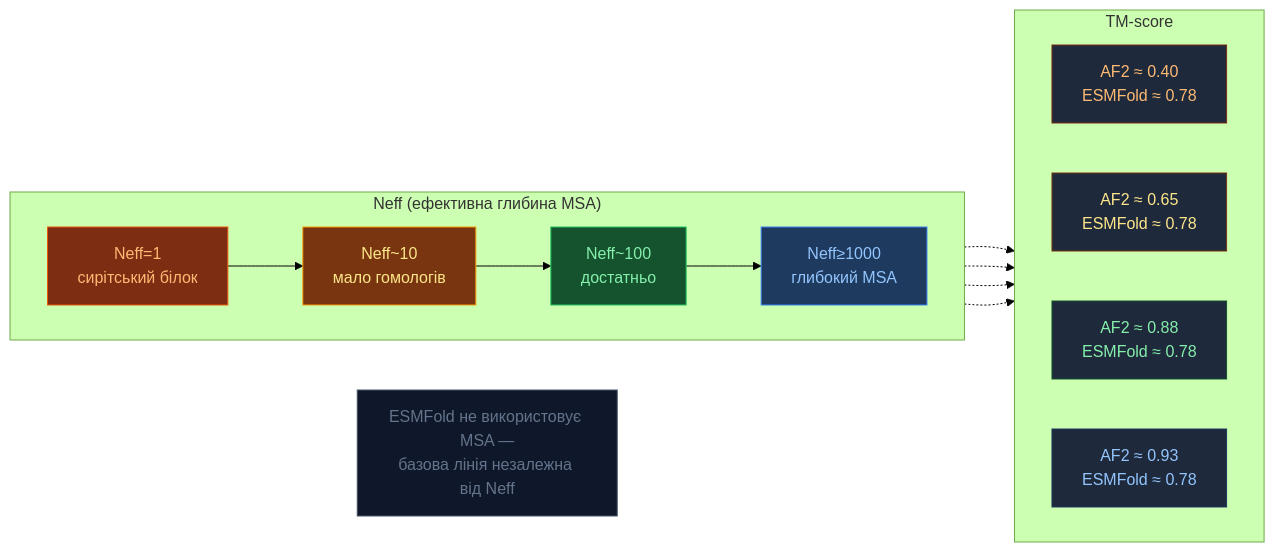
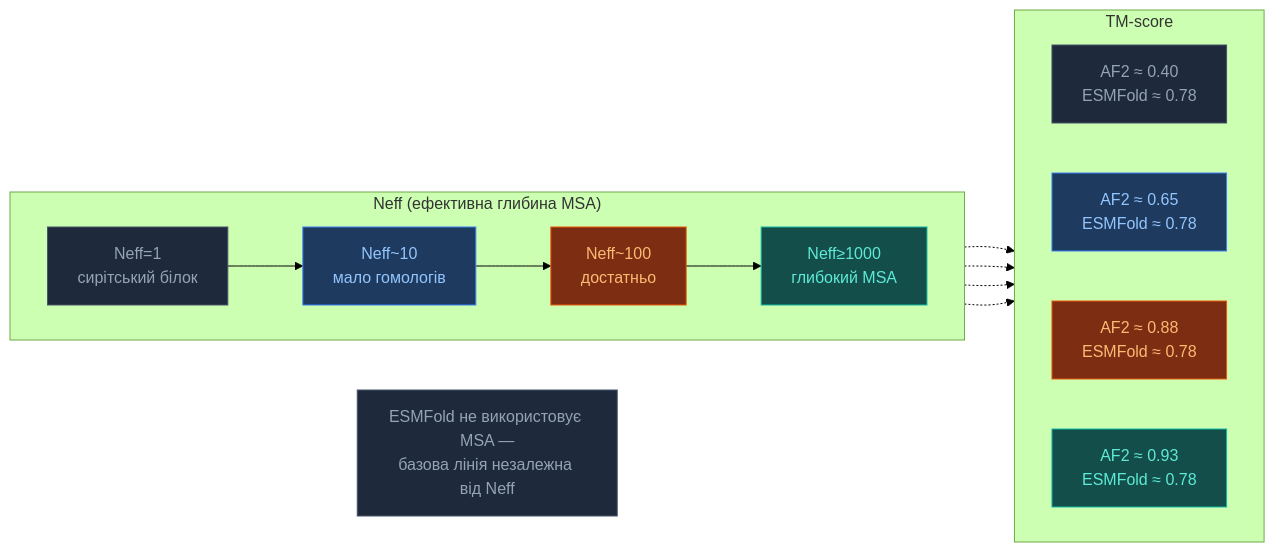
One commit to OlehVolkov/AlphaFold3-AIGen-KnowledgeBase changed the second of 2 diagrams in UA/2. Концепції/2.3. Структурна-Біоінформатика/2.3.4. MSA.md. Above: the diagram before and after it, drawn with Mermaid (forest theme). The commit also changed other lines of this file and 33 other files, not shown here.

Commit message:
Linting and fixes in diagrams

````diff
--- a/UA/2. Концепції/2.3. Структурна-Біоінформатика/2.3.4. MSA.md
+++ b/UA/2. Концепції/2.3. Структурна-Біоінформатика/2.3.4. MSA.md
@@ -60,36 +61,33 @@
 ```mermaid
 flowchart LR
     subgraph DEPTH["Neff (ефективна глибина MSA)"]
         direction LR
-        D1["Neff=1<br/>сирітський білок"]:::d_low
-        D2["Neff~10<br/>мало гомологів"]:::d_med
-        D3["Neff~100<br/>достатньо"]:::d_good
-        D4["Neff≥1000<br/>глибокий MSA"]:::d_high
+        D1["Neff=1<br/>сирітський білок"]:::neutral
+        D2["Neff~10<br/>мало гомологів"]:::input
+        D3["Neff~100<br/>достатньо"]:::confidence
+        D4["Neff≥1000<br/>глибокий MSA"]:::output
         D1 --> D2 --> D3 --> D4
     end
 
     subgraph SCORE["TM-score"]
         direction LR
-        S1["AF2 ≈ 0.40<br/>ESMFold ≈ 0.78"]:::s_low
-        S2["AF2 ≈ 0.65<br/>ESMFold ≈ 0.78"]:::s_med
-        S3["AF2 ≈ 0.88<br/>ESMFold ≈ 0.78"]:::s_good
-        S4["AF2 ≈ 0.93<br/>ESMFold ≈ 0.78"]:::s_high
+        S1["AF2 ≈ 0.40<br/>ESMFold ≈ 0.78"]:::neutral
+        S2["AF2 ≈ 0.65<br/>ESMFold ≈ 0.78"]:::input
+        S3["AF2 ≈ 0.88<br/>ESMFold ≈ 0.78"]:::confidence
+        S4["AF2 ≈ 0.93<br/>ESMFold ≈ 0.78"]:::output
     end
 
     D1 -.-> S1
     D2 -.-> S2
     D3 -.-> S3
     D4 -.-> S4
 
-    NOTE["ESMFold не використовує MSA —<br/>базова лінія незалежна від Neff"]:::note
+    NOTE["ESMFold не використовує MSA —<br/>базова лінія незалежна від Neff"]:::neutral
 
-    classDef d_low  fill:#7c2d12,stroke:#ea580c,color:#fdba74
-    classDef d_med  fill:#78350f,stroke:#f59e0b,color:#fde68a
-    classDef d_good fill:#14532d,stroke:#22c55e,color:#86efac
-    classDef d_high fill:#1e3a5f,stroke:#3b82f6,color:#93c5fd
-    classDef s_low  fill:#1e293b,stroke:#7c2d12,color:#fdba74
-    classDef s_med  fill:#1e293b,stroke:#78350f,color:#fde68a
-    classDef s_good fill:#1e293b,stroke:#14532d,color:#86efac
-    classDef s_high fill:#1e293b,stroke:#1e3a5f,color:#93c5fd
-    classDef note   fill:#0f172a,stroke:#475569,color:#64748b
+    classDef input fill:#1e3a5f,stroke:#3b82f6,color:#93c5fd
+    classDef trunk fill:#312e81,stroke:#7c3aed,color:#c4b5fd
+    classDef diffusion fill:#14532d,stroke:#22c55e,color:#86efac
+    classDef confidence fill:#7c2d12,stroke:#ea580c,color:#fdba74
+    classDef output fill:#134e4a,stroke:#14b8a6,color:#5eead4
+    classDef neutral fill:#1e293b,stroke:#475569,color:#94a3b8
 ```
````
